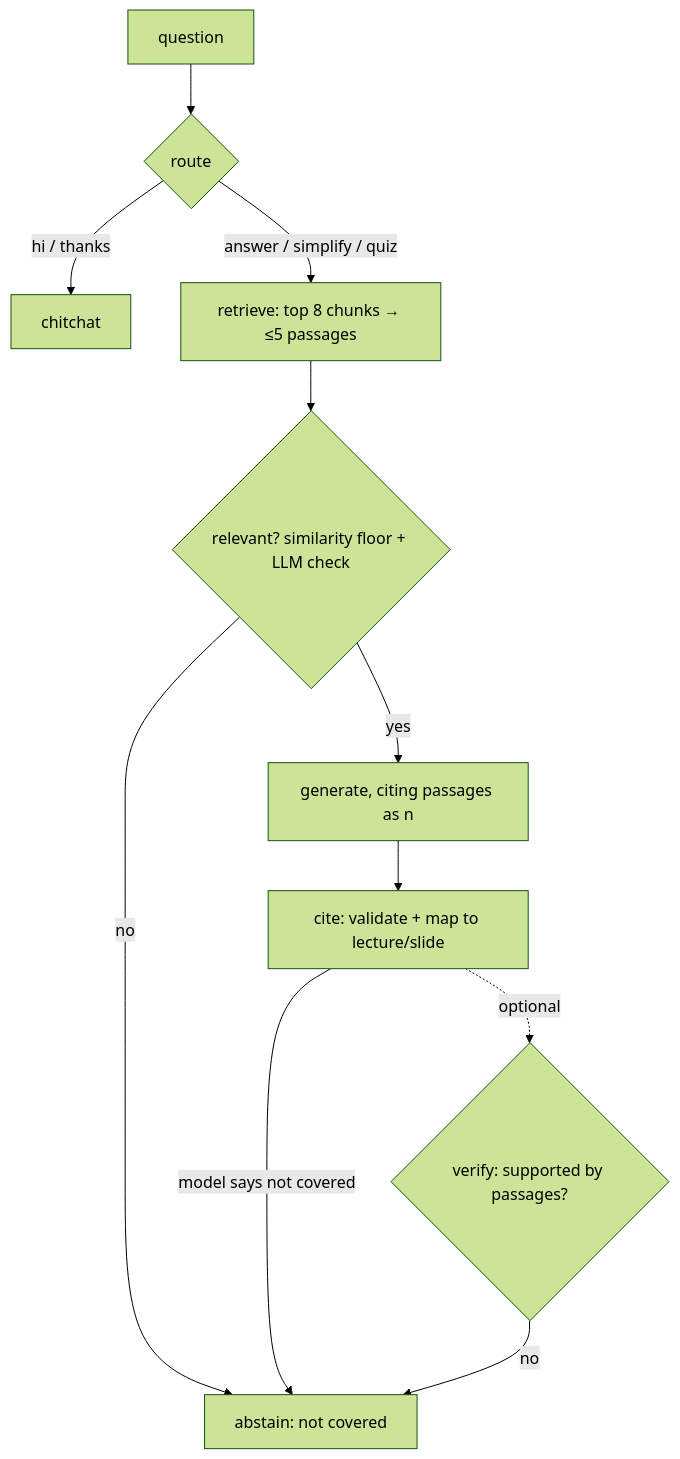
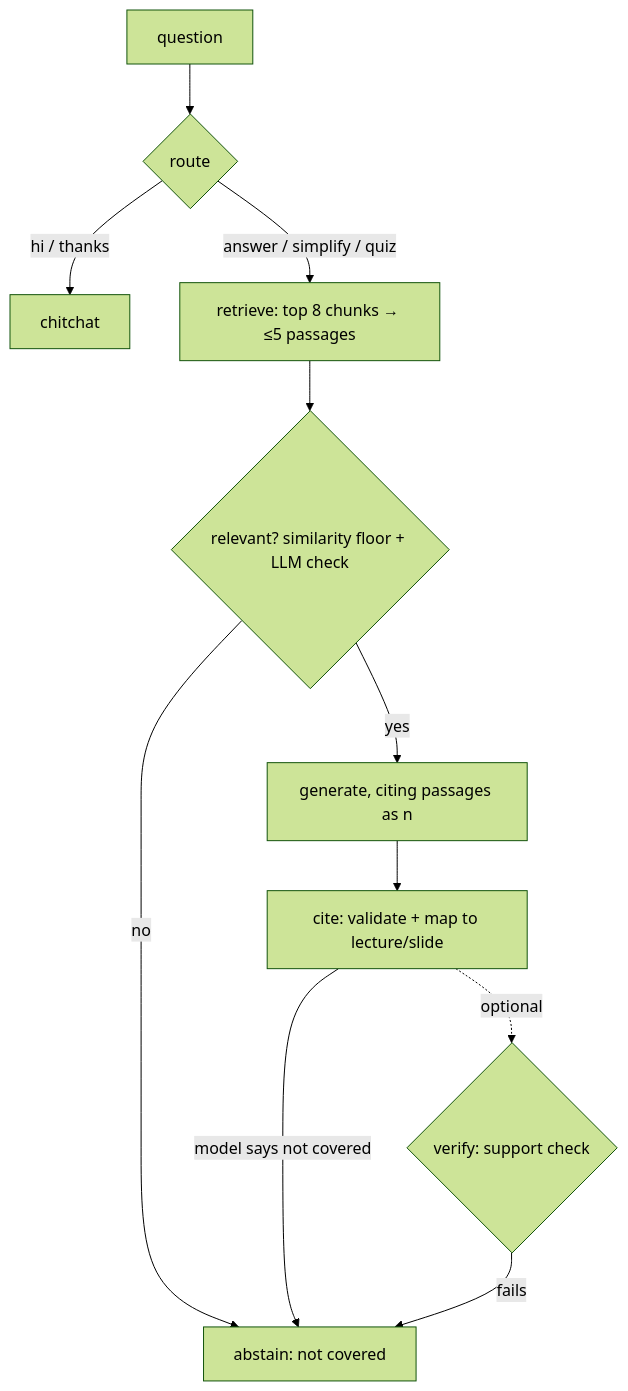
One commit to SowrisKumar/course-study-assistant changed the diagram in docs/report.md. Above: the diagram before and after it, drawn with Mermaid (forest theme). The commit also changed other lines of this file and 14 other files, not shown here.

First line of the commit message:
Audit fixes (4/4): hand check, statistics, support-check results; rewrite report

````diff
--- a/docs/report.md
+++ b/docs/report.md
@@ -105,13 +108,13 @@
 ```mermaid
 flowchart TD
     Q[question] --> R{route}
     R -->|hi / thanks| C[chitchat]
     R -->|answer / simplify / quiz| RET[retrieve: top 8 chunks → ≤5 passages]
     RET --> CHK{relevant? similarity floor + LLM check}
     CHK -->|no| ABS[abstain: not covered]
     CHK -->|yes| GEN[generate, citing passages as n]
     GEN --> CITE[cite: validate + map to lecture/slide]
     CITE -->|model says not covered| ABS
-    CITE -.->|optional| VER{verify: supported by passages?}
-    VER -->|no| ABS
+    CITE -.->|optional| VER{verify: support check}
+    VER -->|fails| ABS
 ```
````
